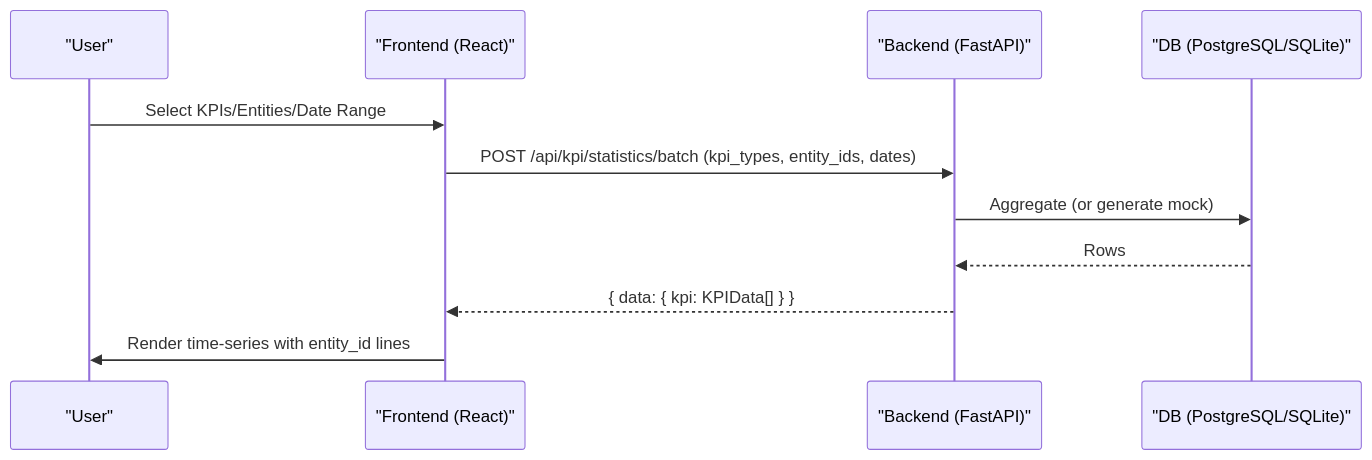
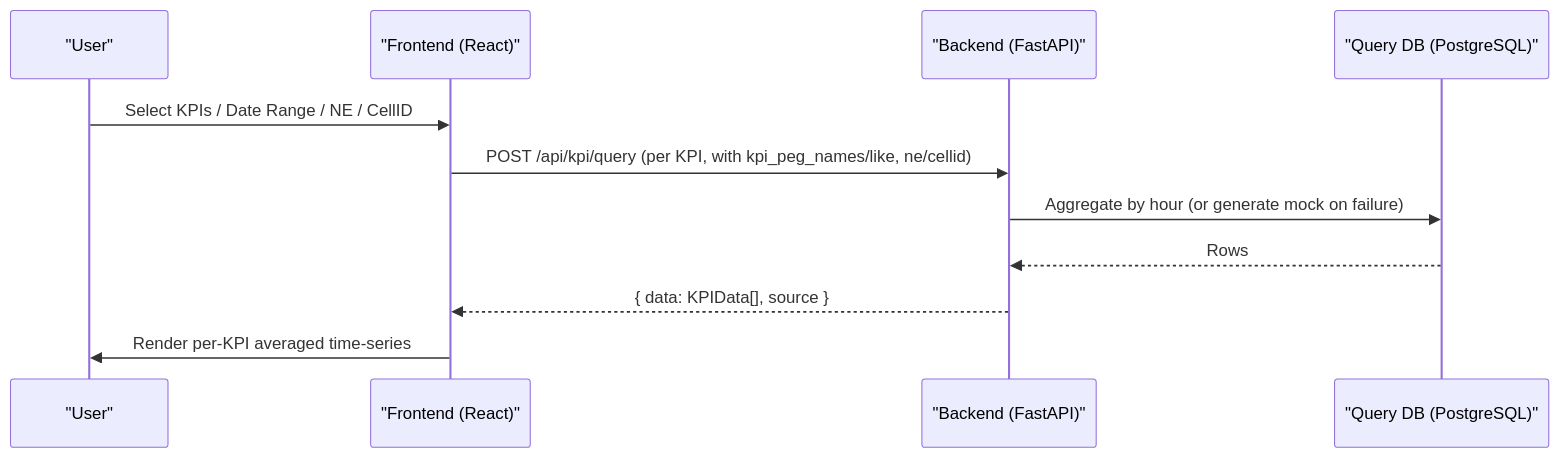
The second of 3 diagrams in kpi_dashboard/docs/architecture.md (Ranponim/0809), drawn with Mermaid before and after one commit. The commit also changed other lines of this file and 2 other files, not shown here.

Commit message:
3GPP KPI 대시보드 문서 업데이트: 백엔드에서 KPI 쿼리 기능 개선을 위해 NE 및 CellID 필터 추가. Preference 설정에서 KPI 카드 구성 및 필터링 방식 변경. 통계 페이지에서 KPI별 데이터 집계 방식 개선 및 자동완성 기능 추가.

````diff
--- a/kpi_dashboard/docs/architecture.md
+++ b/kpi_dashboard/docs/architecture.md
@@ -20,14 +23,14 @@
 ```mermaid
 sequenceDiagram
   participant U as "User"
   participant FE as "Frontend (React)"
   participant BE as "Backend (FastAPI)"
-  participant DB as "DB (PostgreSQL/SQLite)"
+  participant DB as "Query DB (PostgreSQL)"
 
-  U->>FE: Select KPIs/Entities/Date Range
-  FE->>BE: POST /api/kpi/statistics/batch (kpi_types, entity_ids, dates)
-  BE->>DB: Aggregate (or generate mock)
+  U->>FE: Select KPIs / Date Range / NE / CellID
+  FE->>BE: POST /api/kpi/query (per KPI, with kpi_peg_names/like, ne/cellid)
+  BE->>DB: Aggregate by hour (or generate mock on failure)
   DB-->>BE: Rows
-  BE-->>FE: { data: { kpi: KPIData[] } }
-  FE->>U: Render time-series with entity_id lines
+  BE-->>FE: { data: KPIData[], source }
+  FE->>U: Render per-KPI averaged time-series
 ```
````
